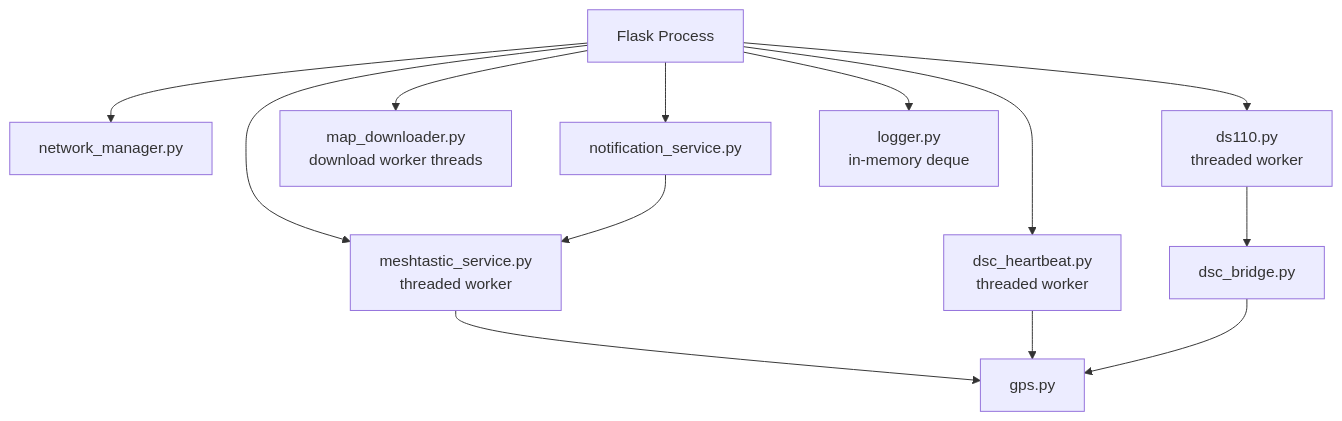
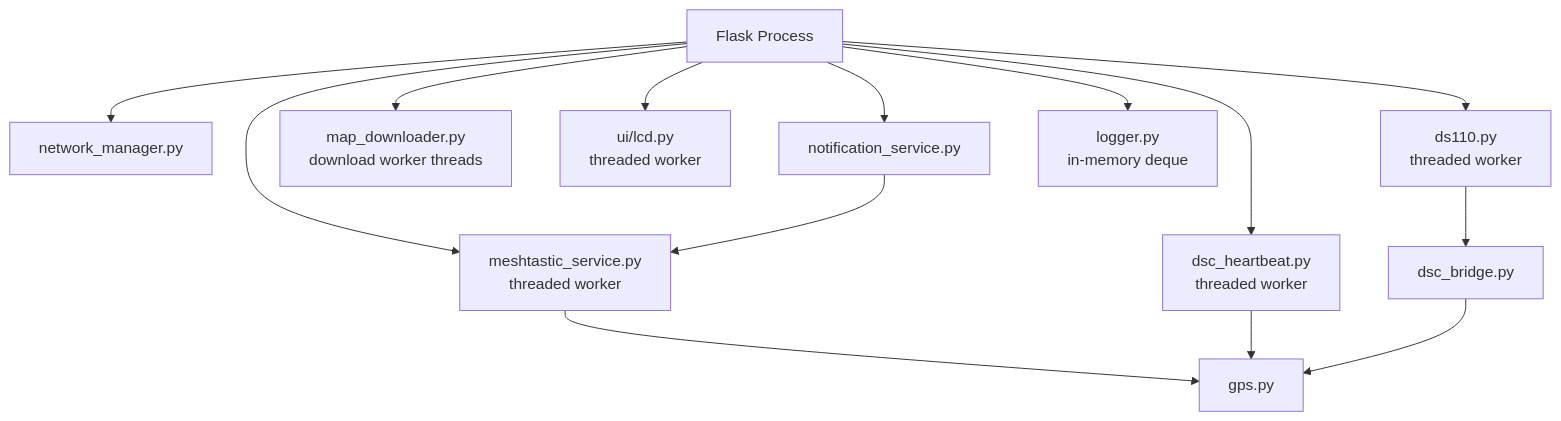
Before and after one commit to iz0qwm/drone_detector_antsdr_dronescout: the sixth of 10 diagrams in tracker-mini/frontend/help/docs/developer/architecture.md, drawn with Mermaid. The commit also changed other lines of this file and 19 other files, not shown here.

````diff
--- a/tracker-mini/frontend/help/docs/developer/architecture.md
+++ b/tracker-mini/frontend/help/docs/developer/architecture.md
@@ -294,27 +303,29 @@
 ```mermaid
 flowchart TD
 
     App["Flask Process"]
 
     Network["network_manager.py"]
     DS110["ds110.py<br/>threaded worker"]
     DSC["dsc_heartbeat.py<br/>threaded worker"]
     Maps["map_downloader.py<br/>download worker threads"]
     Mesh["meshtastic_service.py<br/>threaded worker"]
+    LCD["ui/lcd.py<br/>threaded worker"]
     Notifications["notification_service.py"]
     Logs["logger.py<br/>in-memory deque"]
 
     App --> Network
     App --> DS110
     App --> DSC
     App --> Maps
     App --> Mesh
+    App --> LCD
     App --> Notifications
     App --> Logs
 
     DS110 --> DSCBridge["dsc_bridge.py"]
     Mesh --> GPS["gps.py"]
     Notifications --> Mesh
     DSC --> GPS
     DSCBridge --> GPS
 ```
````
